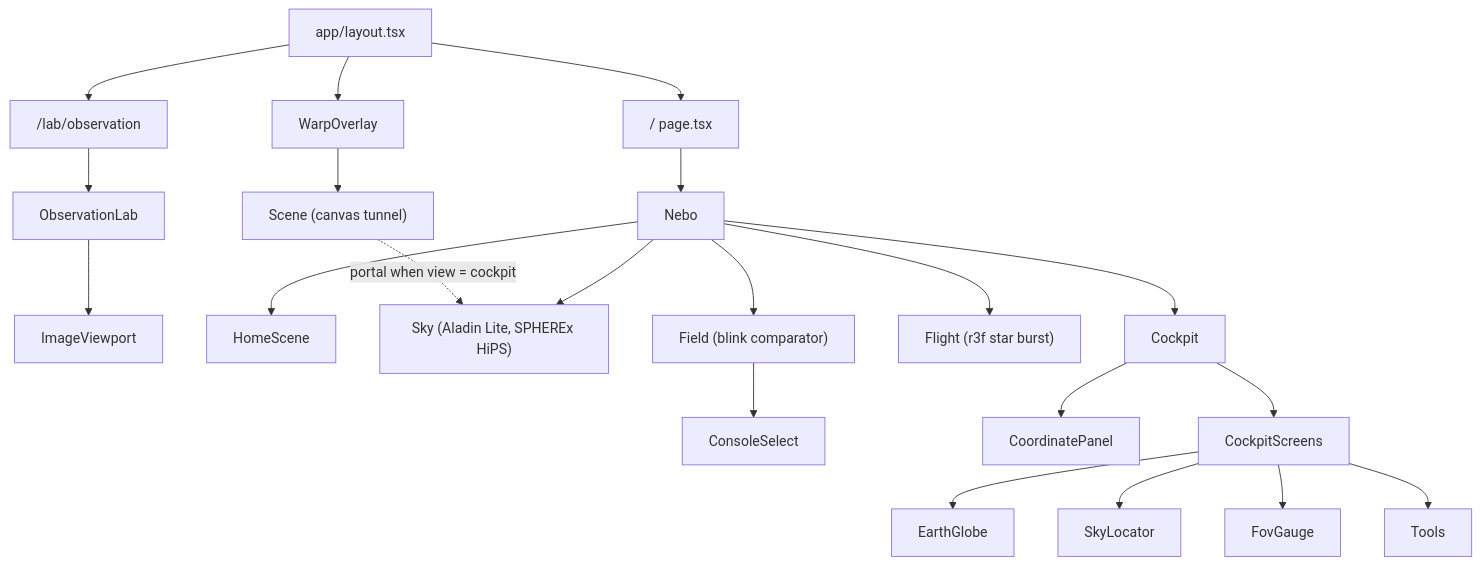
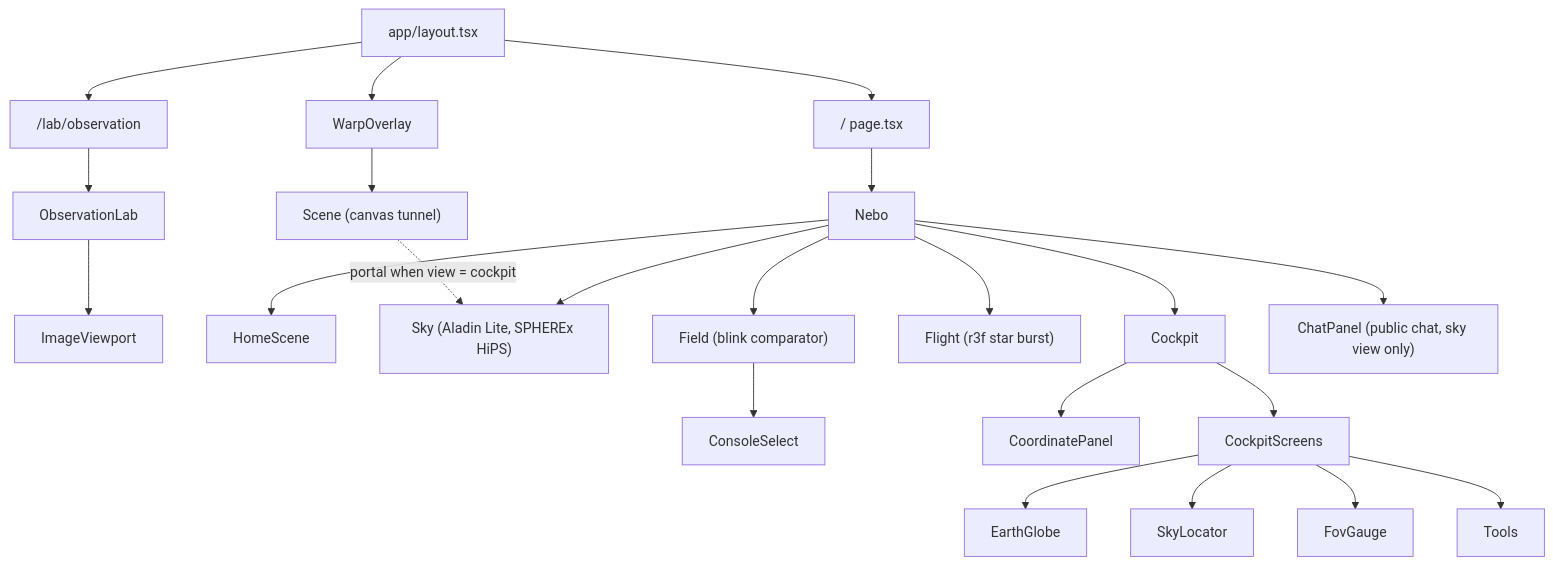
One commit to toroc07/nebo-app changed the eighth of 10 diagrams in docs/architecture.md. Above: the diagram before and after it, drawn with Mermaid. The commit also changed other lines of this file and 17 other files, not shown here.

Commit message:
feat: public chat per catalogue object with server-side filters, console-styled chat and Back keys, Nebo tab icon

````diff
--- a/docs/architecture.md
+++ b/docs/architecture.md
@@ -402,16 +411,17 @@
 ```mermaid
 graph TD
   Layout["app/layout.tsx"] --> Page["/ page.tsx"] --> Nebo
   Layout --> WarpOverlay --> Scene["Scene (canvas tunnel)"]
   Layout --> LabPage["/lab/observation"] --> ObservationLab --> ImageViewport
   Nebo --> HomeScene
   Nebo --> Sky["Sky (Aladin Lite, SPHEREx HiPS)"]
   Nebo --> Cockpit
   Nebo --> Flight["Flight (r3f star burst)"]
   Nebo --> Field["Field (blink comparator)"]
+  Nebo --> ChatPanel["ChatPanel (public chat, sky view only)"]
   Field --> ConsoleSelect
   Cockpit --> CoordinatePanel
   Cockpit --> CockpitScreens
   CockpitScreens --> EarthGlobe & SkyLocator & FovGauge & Tools
   Scene -. "portal when view = cockpit" .-> Sky
 ```
````
